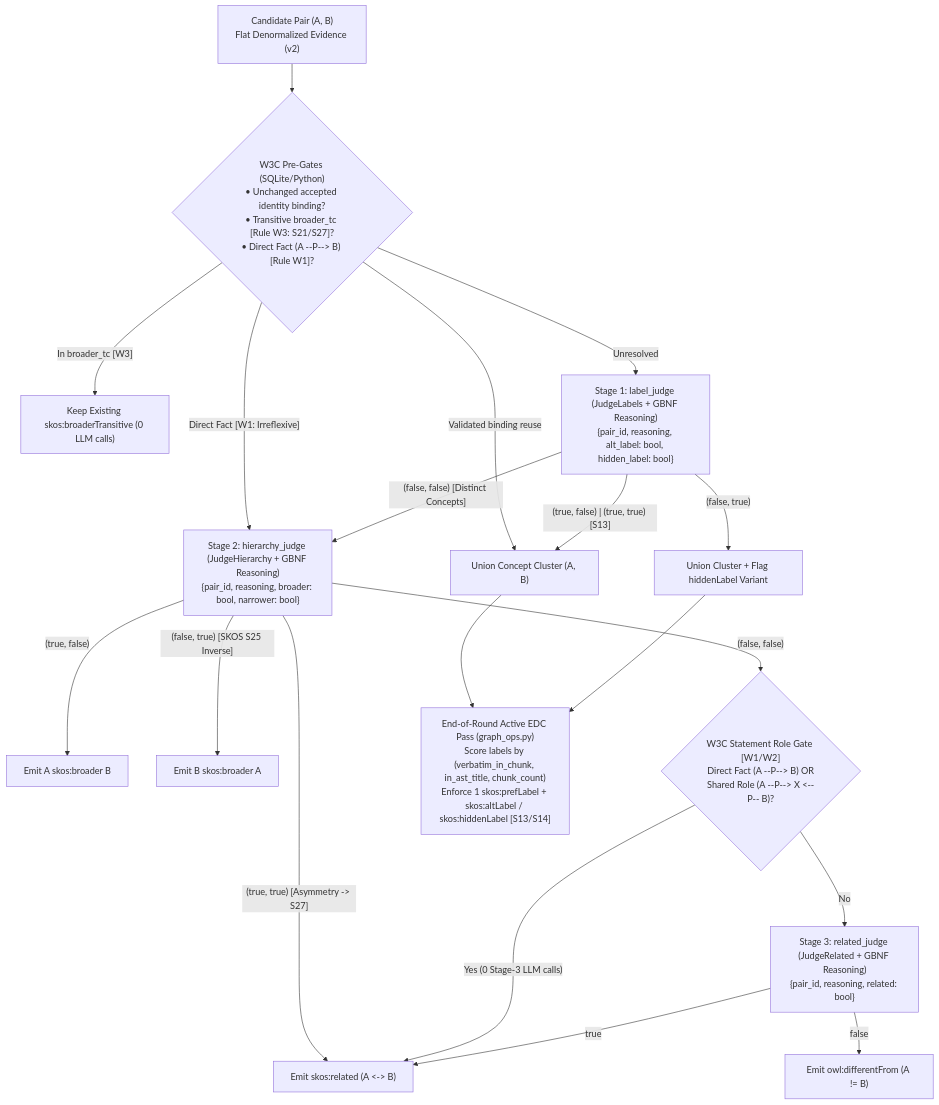
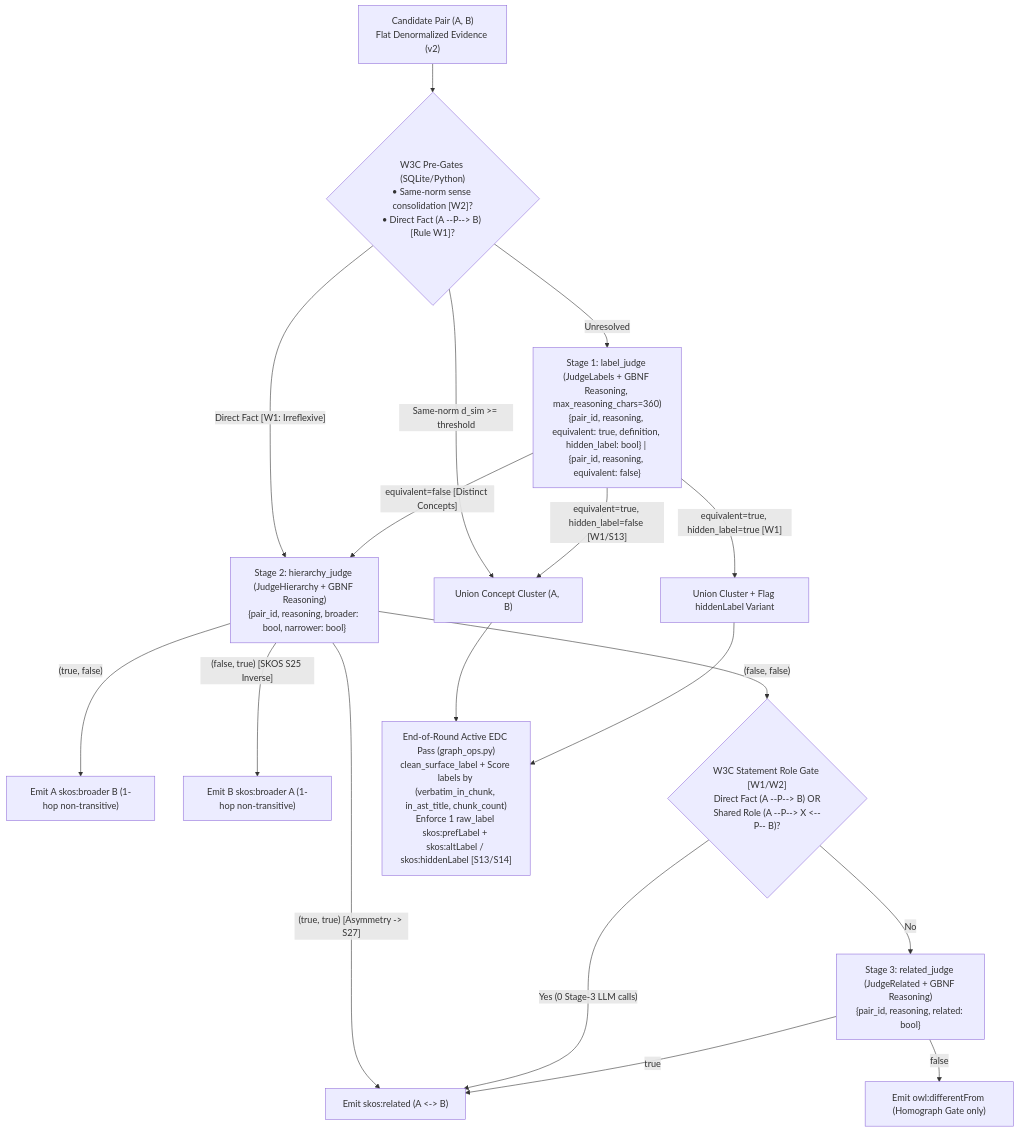
Before and after one commit to negatrait/yaw: the first of 2 diagrams in docs/w3c-improvements.md, drawn with Mermaid. The commit also changed other lines of this file and 41 other files, not shown here.

Commit message:
feat(graph): enforce strict JudgeLabels equivalence, 1-hop S27 disjointness, and deterministic SHACL healing (W1-W5)

````diff
--- a/docs/w3c-improvements.md
+++ b/docs/w3c-improvements.md
@@ -33,21 +42,20 @@
 ```mermaid
 flowchart TD
-    P["Candidate Pair (A, B)\nFlat Denormalized Evidence (v2)"] --> W0{"W3C Pre-Gates (SQLite/Python)\n• Unchanged accepted identity binding?\n• Transitive broader_tc [Rule W3: S21/S27]?\n• Direct Fact (A --P--> B) [Rule W1]?"}
-    W0 -- "Validated binding reuse" --> MERGE["Union Concept Cluster (A, B)"]
-    W0 -- "In broader_tc [W3]" --> E_TC["Keep Existing skos:broaderTransitive (0 LLM calls)"]
+    P["Candidate Pair (A, B)\nFlat Denormalized Evidence (v2)"] --> W0{"W3C Pre-Gates (SQLite/Python)\n• Same-norm sense consolidation [W2]?\n• Direct Fact (A --P--> B) [Rule W1]?"}
+    W0 -- "Same-norm d_sim >= threshold" --> MERGE["Union Concept Cluster (A, B)"]
     W0 -- "Direct Fact [W1: Irreflexive]" --> S2
-    W0 -- "Unresolved" --> S1["Stage 1: label_judge (JudgeLabels + GBNF Reasoning)\n{pair_id, reasoning, alt_label: bool, hidden_label: bool}"]
-    S1 -- "(true, false) | (true, true) [S13]" --> MERGE
-    S1 -- "(false, true)" --> MERGE_H["Union Cluster + Flag hiddenLabel Variant"]
-    S1 -- "(false, false) [Distinct Concepts]" --> S2["Stage 2: hierarchy_judge (JudgeHierarchy + GBNF Reasoning)\n{pair_id, reasoning, broader: bool, narrower: bool}"]
-    S2 -- "(true, false)" --> E_AB["Emit A skos:broader B"]
-    S2 -- "(false, true) [SKOS S25 Inverse]" --> E_BA["Emit B skos:broader A"]
+    W0 -- "Unresolved" --> S1["Stage 1: label_judge (JudgeLabels + GBNF Reasoning, max_reasoning_chars=360)\n{pair_id, reasoning, equivalent: true, definition, hidden_label: bool} | {pair_id, reasoning, equivalent: false}"]
+    S1 -- "equivalent=true, hidden_label=false [W1/S13]" --> MERGE
+    S1 -- "equivalent=true, hidden_label=true [W1]" --> MERGE_H["Union Cluster + Flag hiddenLabel Variant"]
+    S1 -- "equivalent=false [Distinct Concepts]" --> S2["Stage 2: hierarchy_judge (JudgeHierarchy + GBNF Reasoning)\n{pair_id, reasoning, broader: bool, narrower: bool}"]
+    S2 -- "(true, false)" --> E_AB["Emit A skos:broader B (1-hop non-transitive)"]
+    S2 -- "(false, true) [SKOS S25 Inverse]" --> E_BA["Emit B skos:broader A (1-hop non-transitive)"]
     S2 -- "(true, true) [Asymmetry -> S27]" --> E_REL["Emit skos:related (A <-> B)"]
     S2 -- "(false, false)" --> W2{"W3C Statement Role Gate [W1/W2]\nDirect Fact (A --P--> B) OR\nShared Role (A --P--> X <--P-- B)?"}
     W2 -- "Yes (0 Stage-3 LLM calls)" --> E_REL
     W2 -- "No" --> S3["Stage 3: related_judge (JudgeRelated + GBNF Reasoning)\n{pair_id, reasoning, related: bool}"]
     S3 -- "true" --> E_REL
-    S3 -- "false" --> E_DIFF["Emit owl:differentFrom (A != B)"]
-    MERGE --> EDC["End-of-Round Active EDC Pass (graph_ops.py)\nScore labels by (verbatim_in_chunk, in_ast_title, chunk_count)\nEnforce 1 skos:prefLabel + skos:altLabel / skos:hiddenLabel [S13/S14]"]
+    S3 -- "false" --> E_DIFF["Emit owl:differentFrom (Homograph Gate only)"]
+    MERGE --> EDC["End-of-Round Active EDC Pass (graph_ops.py)\nclean_surface_label + Score labels by (verbatim_in_chunk, in_ast_title, chunk_count)\nEnforce 1 raw_label skos:prefLabel + skos:altLabel / skos:hiddenLabel [S13/S14]"]
     MERGE_H --> EDC
 ```
````
